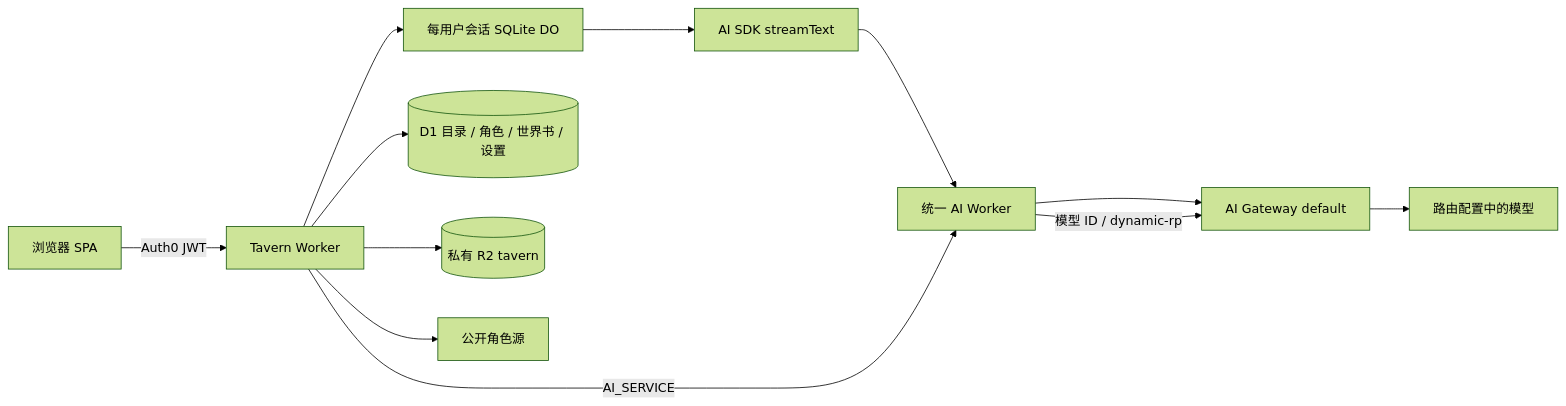
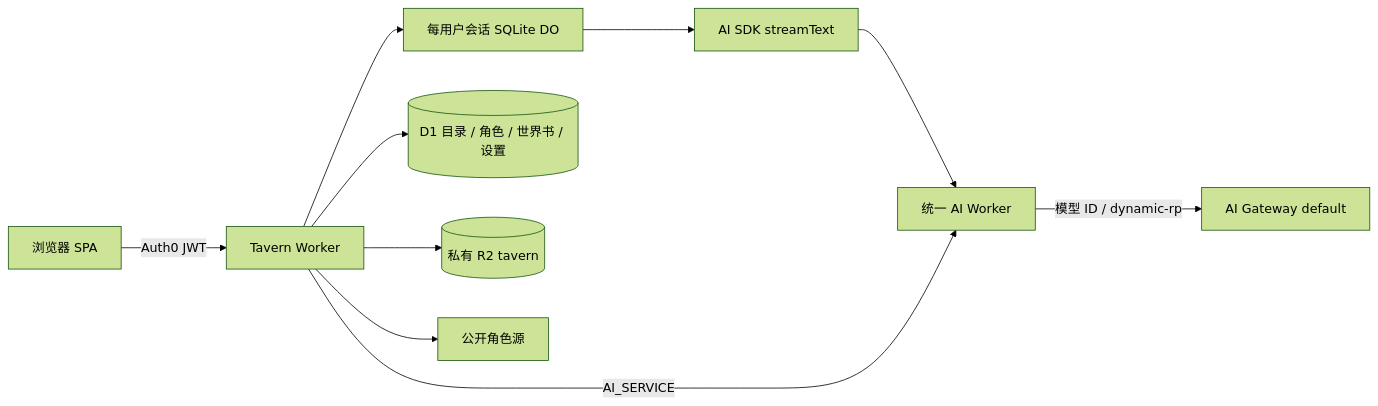
Before and after one commit to hasbai/hasbai: the diagram in docs/tavern/ARCHITECTURE.md, drawn with Mermaid (forest theme). The commit also changed other lines of this file and 30 other files, not shown here.

````diff
--- a/docs/tavern/ARCHITECTURE.md
+++ b/docs/tavern/ARCHITECTURE.md
@@ -55,14 +24,12 @@
 ```mermaid
 flowchart LR
   Browser[浏览器 SPA] -->|Auth0 JWT| Worker[Tavern Worker]
   Worker --> DO[每用户会话 SQLite DO]
   DO --> SDK[AI SDK streamText]
-    SDK --> AI[统一 AI Worker]
-    AI --> Gateway
+  SDK --> AI[统一 AI Worker]
   Worker --> DB[(D1 目录 / 角色 / 世界书 / 设置)]
   Worker --> Files[(私有 R2 tavern)]
   Worker --> Sources[公开角色源]
   Worker -->|AI_SERVICE| AI
   AI -->|模型 ID / dynamic-rp| Gateway[AI Gateway default]
-  Gateway --> Model[路由配置中的模型]
 ```
````
